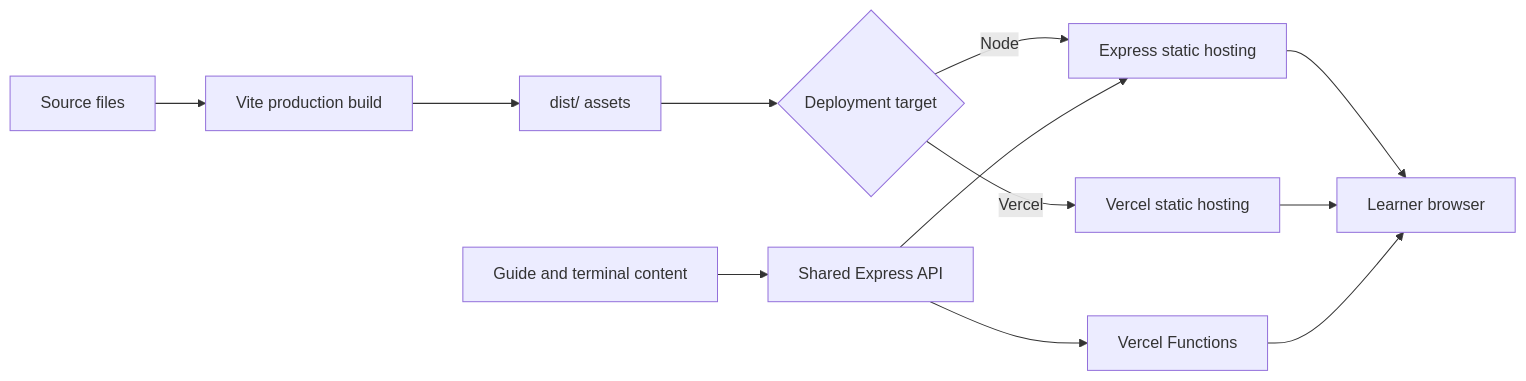
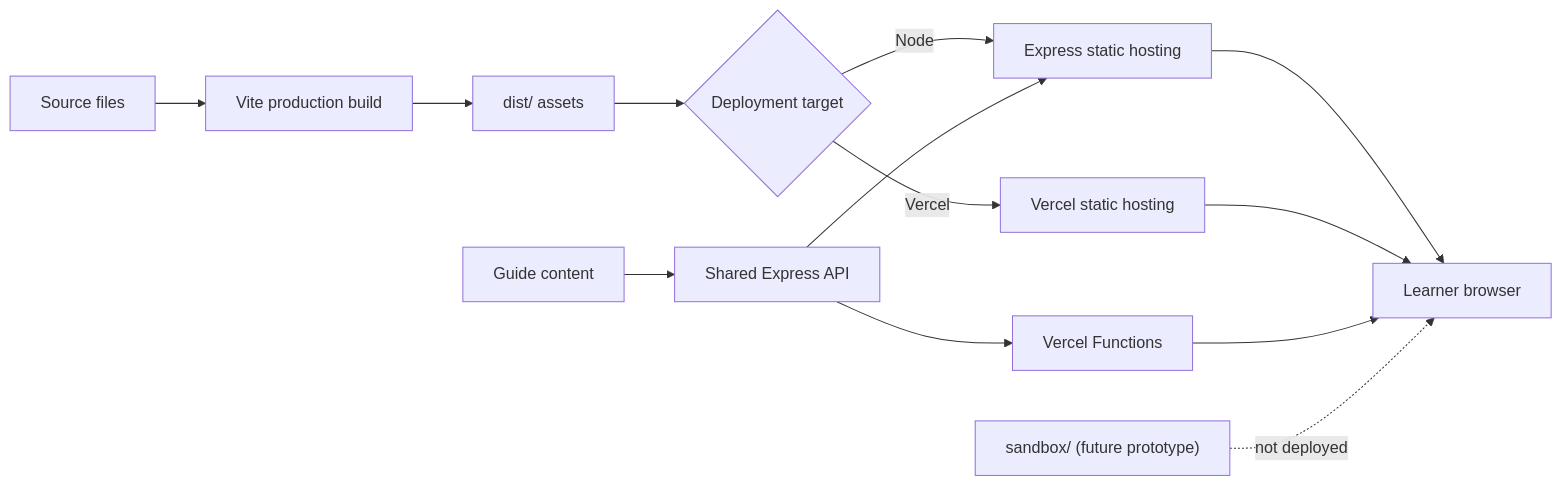
The ninth of 9 diagrams in docs/ARCHITECTURE.md (MoriartyLink/git-guide), drawn with Mermaid before and after one commit. The commit also changed other lines of this file and 26 other files, not shown here.

````diff
--- a/docs/ARCHITECTURE.md
+++ b/docs/ARCHITECTURE.md
@@ -340,14 +350,15 @@
 ```mermaid
 flowchart LR
     Source["Source files"] --> Vite["Vite production build"]
     Vite --> Dist["dist/ assets"]
     Dist --> Host{"Deployment target"}
     Host -->|Node| Express["Express static hosting"]
     Host -->|Vercel| CDN["Vercel static hosting"]
-    Guide["Guide and terminal content"] --> API["Shared Express API"]
+    Guide["Guide content"] --> API["Shared Express API"]
     API --> Express
     API --> Functions["Vercel Functions"]
     Express --> Browser["Learner browser"]
     CDN --> Browser
     Functions --> Browser
+    Prototype["sandbox/ (future prototype)"] -. not deployed .-> Browser
 ```
````
